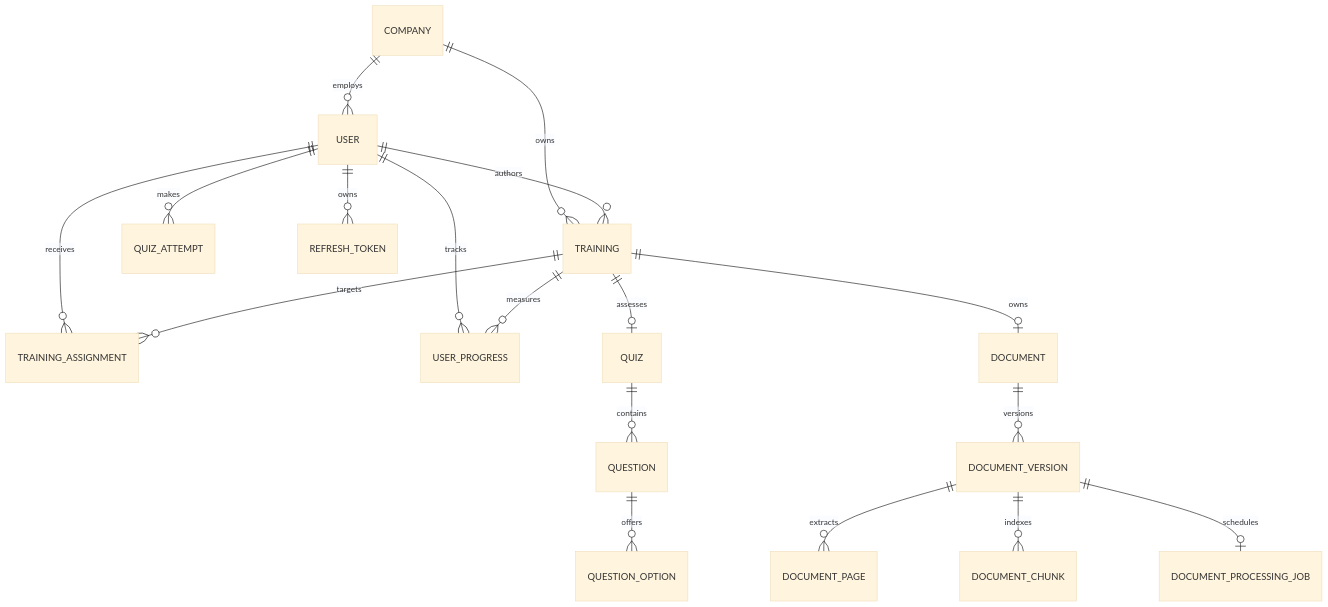
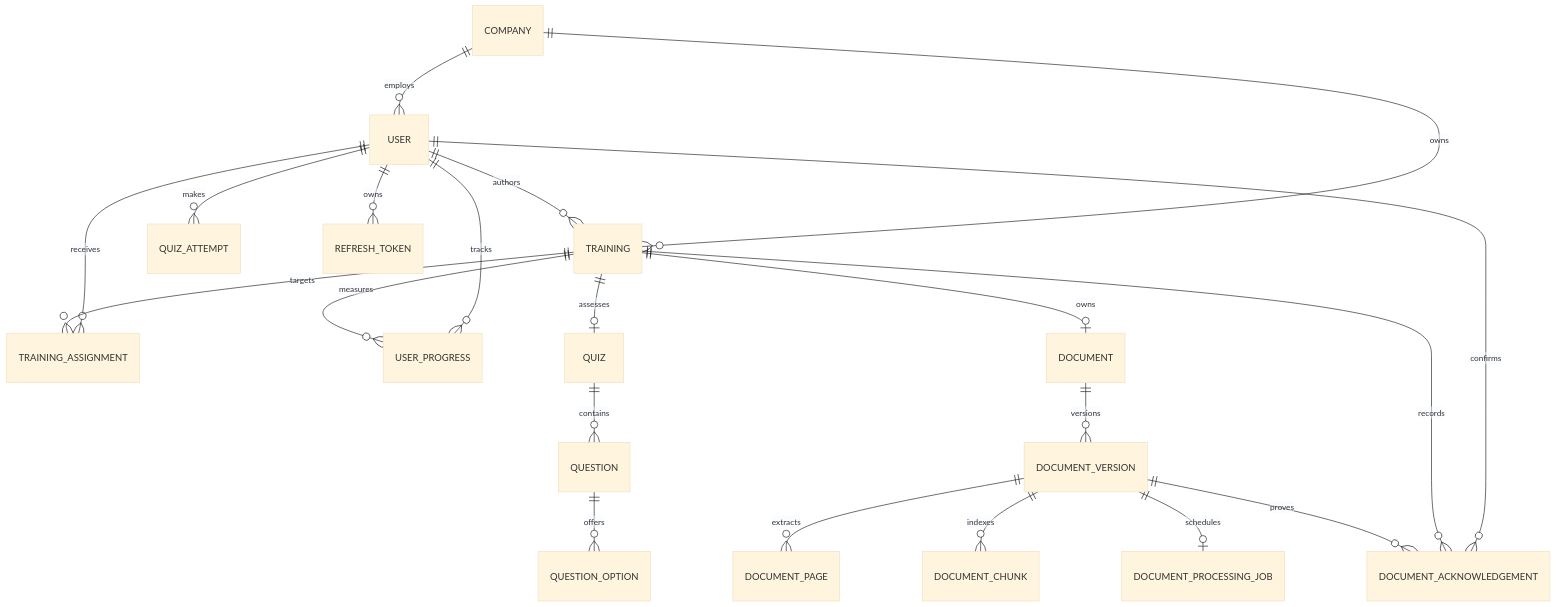
Before and after one commit to Leandrosp9/webapp-workflix: the diagram in docs/database.md, drawn with Mermaid (base theme). The commit also changed other lines of this file and 29 other files, not shown here.

````diff
--- a/docs/database.md
+++ b/docs/database.md
@@ -9,21 +9,24 @@
 ```mermaid
 erDiagram
     COMPANY ||--o{ USER : employs
     COMPANY ||--o{ TRAINING : owns
     USER ||--o{ TRAINING : authors
     USER ||--o{ TRAINING_ASSIGNMENT : receives
     TRAINING ||--o{ TRAINING_ASSIGNMENT : targets
     USER ||--o{ USER_PROGRESS : tracks
     TRAINING ||--o{ USER_PROGRESS : measures
 
     TRAINING ||--o| QUIZ : assesses
     QUIZ ||--o{ QUESTION : contains
     QUESTION ||--o{ QUESTION_OPTION : offers
     USER ||--o{ QUIZ_ATTEMPT : makes
     USER ||--o{ REFRESH_TOKEN : owns
     TRAINING ||--o| DOCUMENT : owns
     DOCUMENT ||--o{ DOCUMENT_VERSION : versions
     DOCUMENT_VERSION ||--o{ DOCUMENT_PAGE : extracts
     DOCUMENT_VERSION ||--o{ DOCUMENT_CHUNK : indexes
     DOCUMENT_VERSION ||--o| DOCUMENT_PROCESSING_JOB : schedules
+    USER ||--o{ DOCUMENT_ACKNOWLEDGEMENT : confirms
+    TRAINING ||--o{ DOCUMENT_ACKNOWLEDGEMENT : records
+    DOCUMENT_VERSION ||--o{ DOCUMENT_ACKNOWLEDGEMENT : proves
 ```
````
